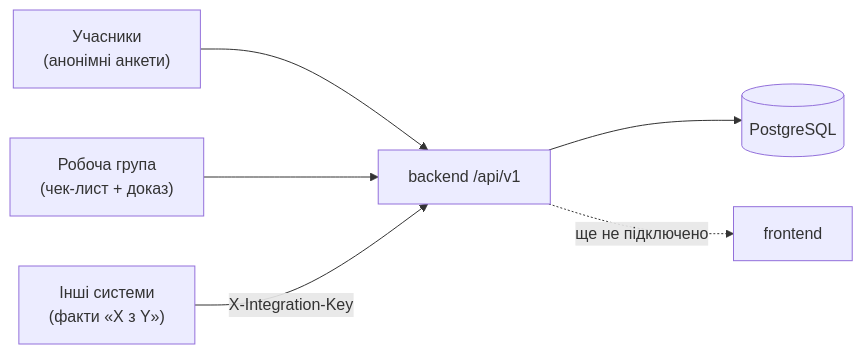
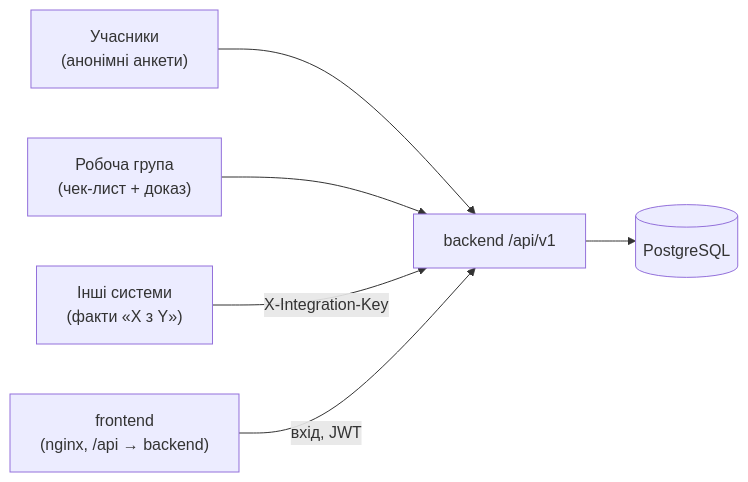
One commit to caaaaanek/hack-4-bitec-draft changed the diagram in README.md. Above: the diagram before and after it, drawn with Mermaid. The commit also changed other lines of this file and 37 other files, not shown here.

Commit message:
Connect frontend-proto to backend, add /api/assistant

````diff
--- a/README.md
+++ b/README.md
@@ -40,8 +40,8 @@
 ```mermaid
 flowchart LR
   R["Учасники<br/>(анонімні анкети)"] --> API
   WG["Робоча група<br/>(чек-лист + доказ)"] --> API
   EXT["Інші системи<br/>(факти «X з Y»)"] -->|X-Integration-Key| API
   API["backend /api/v1"] --> DB[(PostgreSQL)]
-  API -.->|ще не підключено| UI["frontend"]
+  UI["frontend<br/>(nginx, /api → backend)"] -->|вхід, JWT| API
 ```
````
